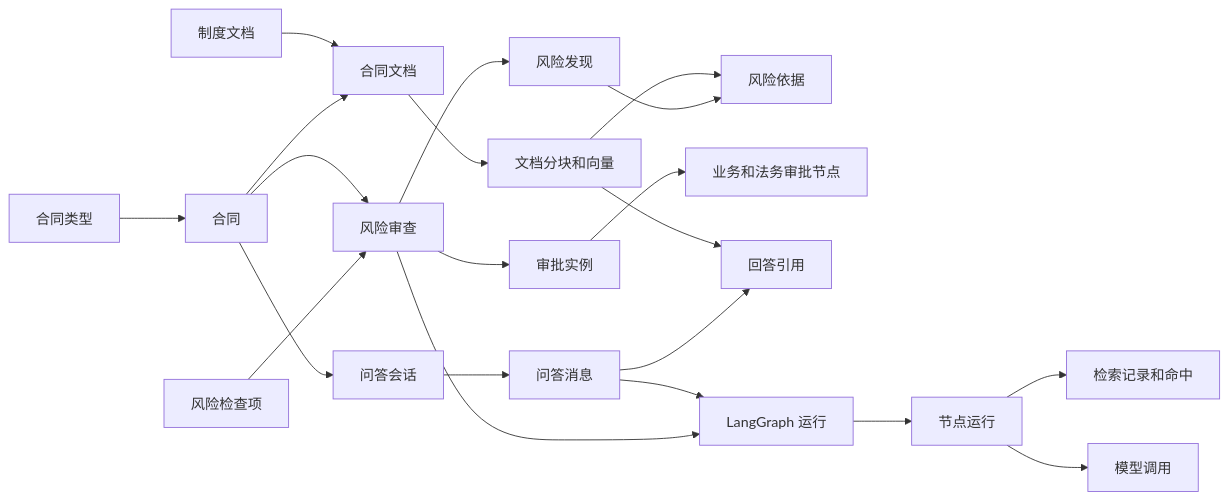
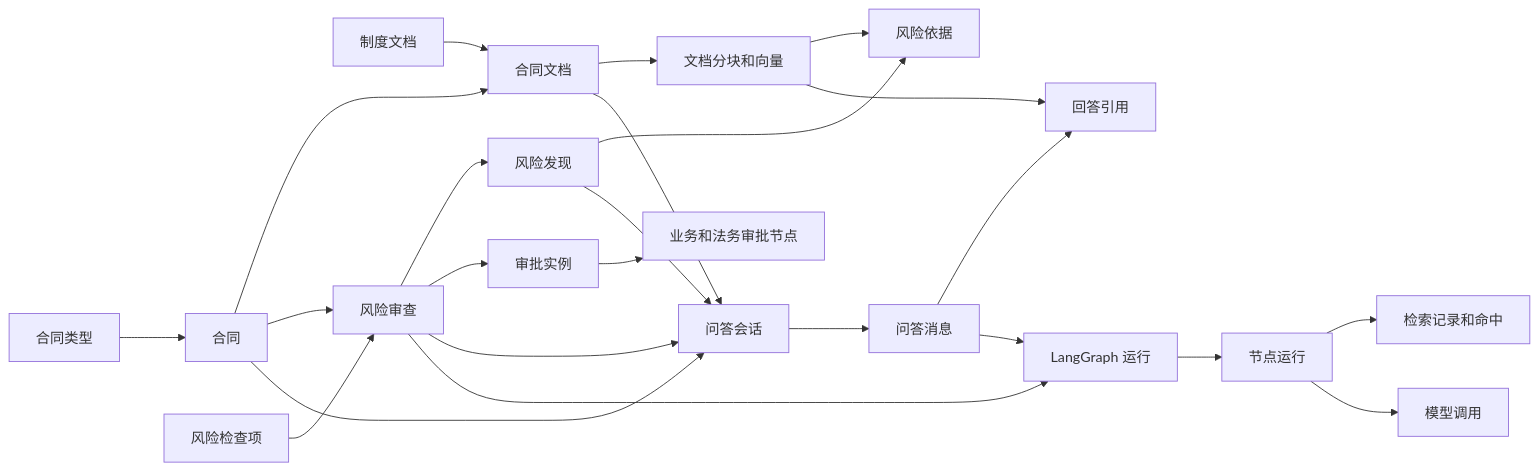
One commit to Damei-you/Intelligent-approval-assistance-platform changed the first of 2 diagrams in docs/database-design.md. Above: the diagram before and after it, drawn with Mermaid. The commit also changed other lines of this file and 23 other files, not shown here.

````diff
--- a/docs/database-design.md
+++ b/docs/database-design.md
@@ -27,27 +27,30 @@
 ```mermaid
 flowchart LR
     CT[合同类型] --> C[合同]
     C --> D[合同文档]
     PD[制度文档] --> D
     D --> DC[文档分块和向量]
 
     CI[风险检查项] --> RR[风险审查]
     C --> RR
     RR --> RF[风险发现]
     RF --> FE[风险依据]
     DC --> FE
 
     RR --> AI[审批实例]
     AI --> AS[业务和法务审批节点]
 
     C --> CS[问答会话]
+    D --> CS
+    RR --> CS
+    RF --> CS
     CS --> CM[问答消息]
     CM --> CC[回答引用]
     DC --> CC
 
     RR --> WR[LangGraph 运行]
     CM --> WR
     WR --> WN[节点运行]
     WN --> RET[检索记录和命中]
     WN --> LLM[模型调用]
 ```
````
